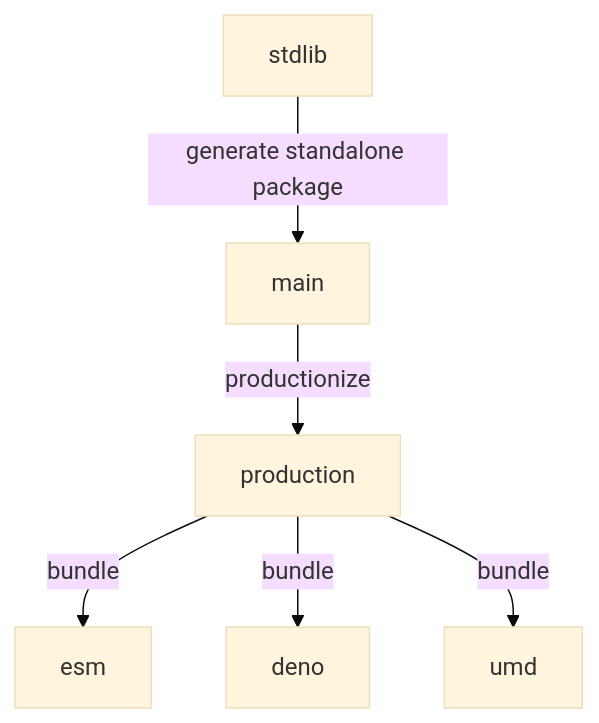
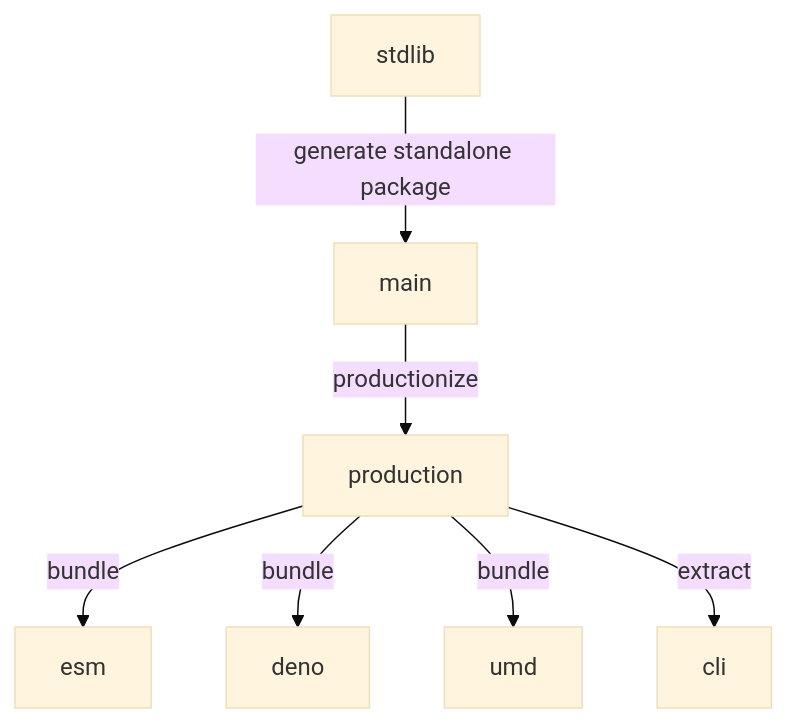
One commit to stdlib-js/string-acronym changed the diagram in branches.md. Above: the diagram before and after it, drawn with Mermaid (base theme). The commit also changed other lines of this file and 8 other files, not shown here.

````diff
--- a/branches.md
+++ b/branches.md
@@ -33,15 +34,17 @@
 ```mermaid
 graph TD;
 A[stdlib]-->|generate standalone package|B;
 B[main] -->|productionize| C[production];
 C -->|bundle| D[esm];
 C -->|bundle| E[deno];
 C -->|bundle| F[umd];
+C -->|extract| G[cli];
 
-click A href "https://github.com/stdlib-js/stdlib/tree/develop/lib/node_modules/%40stdlib/string/acronym"
-click B href "https://github.com/stdlib-js/string-acronym/tree/main"
-click C href "https://github.com/stdlib-js/string-acronym/tree/production"
-click D href "https://github.com/stdlib-js/string-acronym/tree/esm"
-click E href "https://github.com/stdlib-js/string-acronym/tree/deno"
-click F href "https://github.com/stdlib-js/string-acronym/tree/umd"
+%% click A href "https://github.com/stdlib-js/stdlib/tree/develop/lib/node_modules/%40stdlib/string/acronym"
+%% click B href "https://github.com/stdlib-js/string-acronym/tree/main"
+%% click C href "https://github.com/stdlib-js/string-acronym/tree/production"
+%% click D href "https://github.com/stdlib-js/string-acronym/tree/esm"
+%% click E href "https://github.com/stdlib-js/string-acronym/tree/deno"
+%% click F href "https://github.com/stdlib-js/string-acronym/tree/umd"
+%% click G href "https://github.com/stdlib-js/string-acronym/tree/cli"
 ```
````
